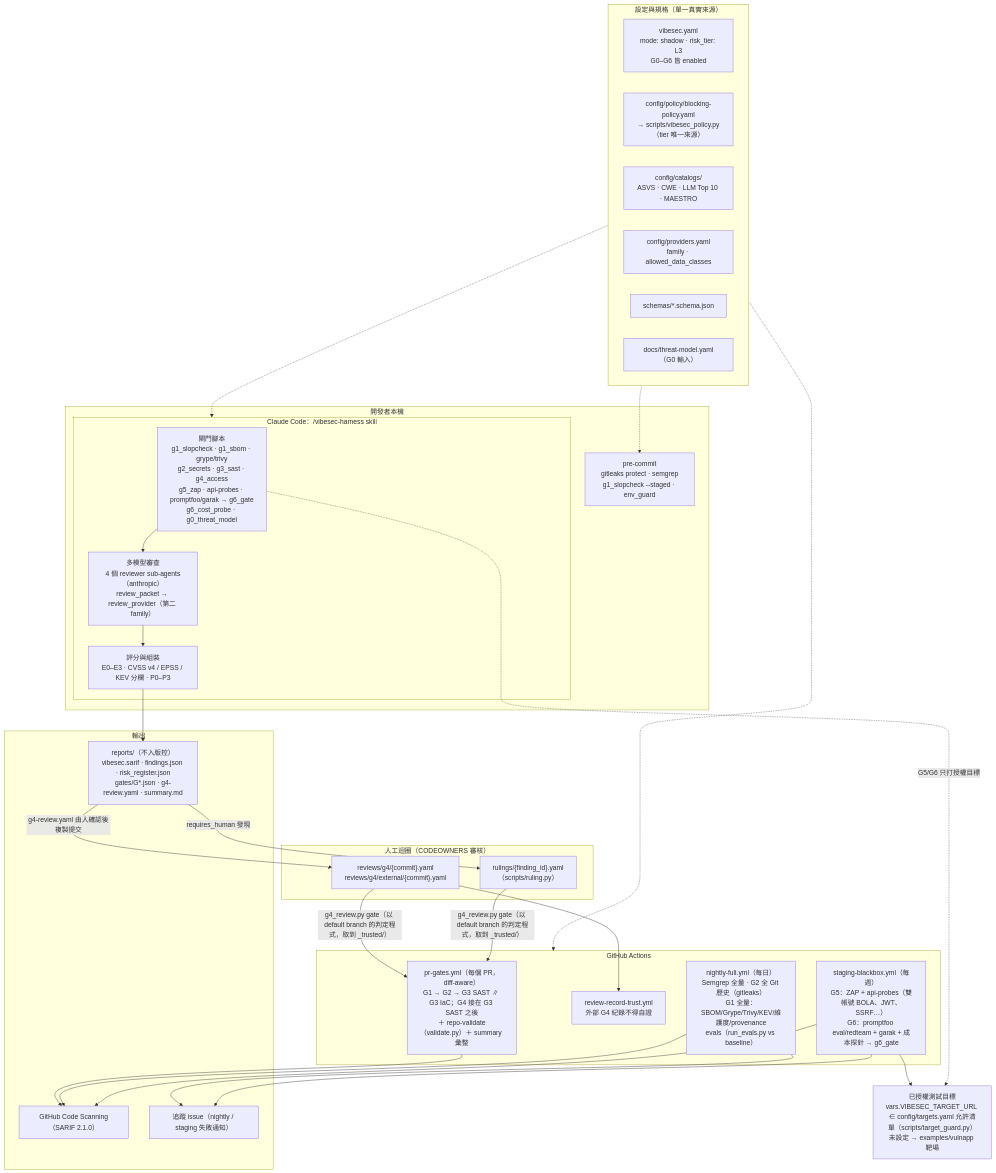
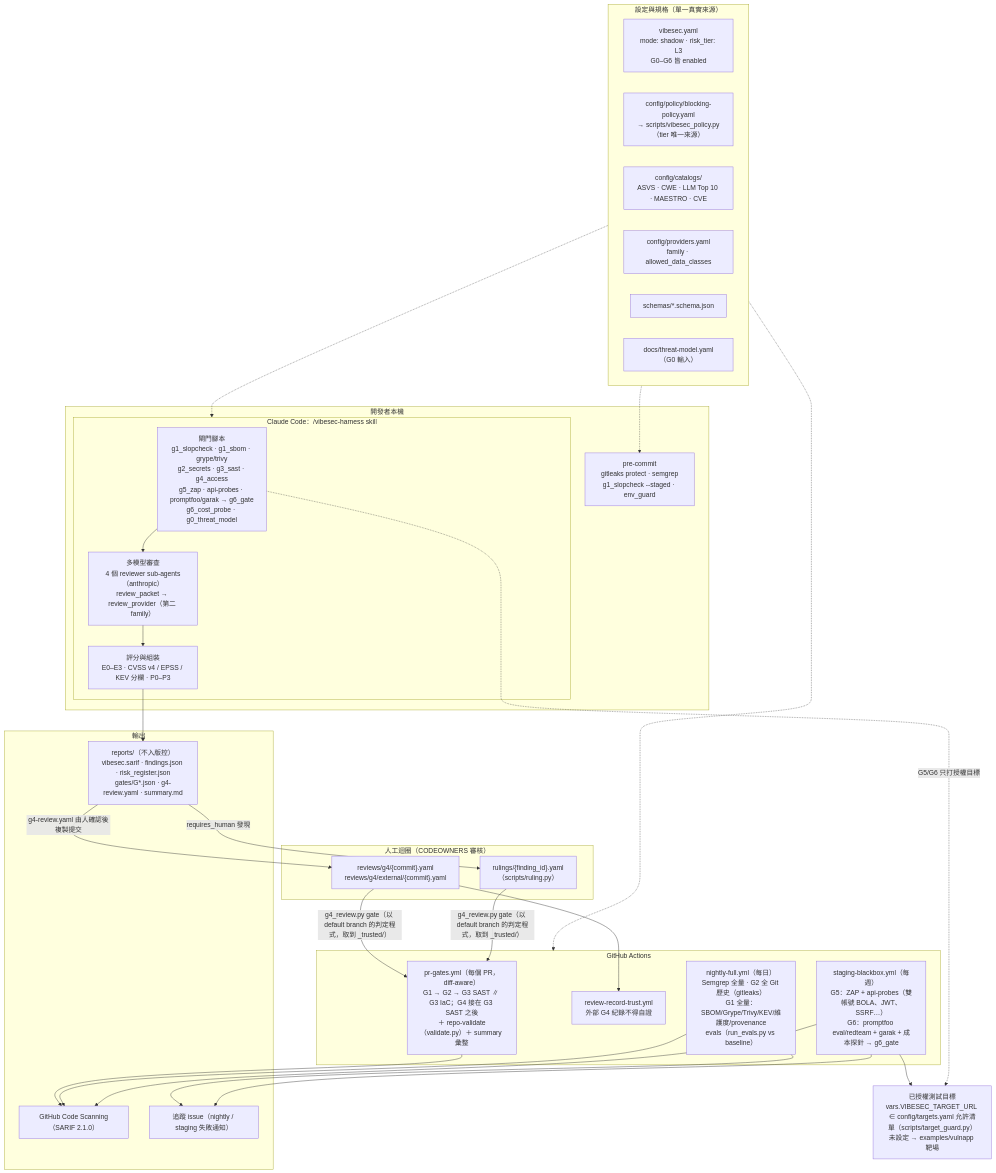
Before and after one commit to chinchiang/MultiAgentDelta: the first of 2 diagrams in README.md, drawn with Mermaid. The commit also changed other lines of this file and 5 other files, not shown here.

First line of the commit message:
feat(catalogs): 新增 CVE 參考目錄 cve-references.yaml，validate.py 擋下未查證的 CVE 引用 (#131)

````diff
--- a/README.md
+++ b/README.md
@@ -38,52 +38,52 @@
 ```mermaid
 flowchart TB
   subgraph SOT["設定與規格（單一真實來源）"]
     direction LR
     CFG["vibesec.yaml<br/>mode: shadow · risk_tier: L3<br/>G0–G6 皆 enabled"]
     POL["config/policy/blocking-policy.yaml<br/>→ scripts/vibesec_policy.py（tier 唯一來源）"]
-    CAT["config/catalogs/<br/>ASVS · CWE · LLM Top 10 · MAESTRO"]
+    CAT["config/catalogs/<br/>ASVS · CWE · LLM Top 10 · MAESTRO · CVE"]
     PRV["config/providers.yaml<br/>family · allowed_data_classes"]
     SCH["schemas/*.schema.json"]
     TM["docs/threat-model.yaml（G0 輸入）"]
   end
 
   subgraph LOCAL["開發者本機"]
     PC["pre-commit<br/>gitleaks protect · semgrep<br/>g1_slopcheck --staged · env_guard"]
     subgraph HARN["Claude Code：/vibesec-harness skill"]
       HG["閘門腳本<br/>g1_slopcheck · g1_sbom · grype/trivy<br/>g2_secrets · g3_sast · g4_access<br/>g5_zap · api-probes · promptfoo/garak → g6_gate<br/>g6_cost_probe · g0_threat_model"]
       HR["多模型審查<br/>4 個 reviewer sub-agents（anthropic）<br/>review_packet → review_provider（第二 family）"]
       HS["評分與組裝<br/>E0–E3 · CVSS v4 / EPSS / KEV 分欄 · P0–P3"]
     end
   end
 
   subgraph GHA["GitHub Actions"]
     PRG["pr-gates.yml（每個 PR，diff-aware）<br/>G1 → G2 → G3 SAST ∥ G3 IaC；G4 接在 G3 SAST 之後<br/>＋ repo-validate（validate.py）＋ summary 彙整"]
     RRT["review-record-trust.yml<br/>外部 G4 紀錄不得自證"]
     NF["nightly-full.yml（每日）<br/>Semgrep 全量 · G2 全 Git 歷史（gitleaks）<br/>G1 全量：SBOM/Grype/Trivy/KEV/維護度/provenance<br/>evals（run_evals.py vs baseline）"]
     SB["staging-blackbox.yml（每週）<br/>G5：ZAP + api-probes（雙帳號 BOLA、JWT、SSRF…）<br/>G6：promptfoo eval/redteam + garak + 成本探針 → g6_gate"]
   end
 
   TARGET["已授權測試目標<br/>vars.VIBESEC_TARGET_URL ∈ config/targets.yaml 允許清單（scripts/target_guard.py）<br/>未設定 → examples/vulnapp 靶場"]
 
   subgraph OUT["輸出"]
     REP["reports/（不入版控）<br/>vibesec.sarif · findings.json · risk_register.json<br/>gates/G*.json · g4-review.yaml · summary.md"]
     CS["GitHub Code Scanning（SARIF 2.1.0）"]
     ISS["追蹤 issue（nightly / staging 失敗通知）"]
   end
 
   subgraph HUMAN["人工迴圈（CODEOWNERS 審核）"]
     RV["reviews/g4/{commit}.yaml<br/>reviews/g4/external/{commit}.yaml"]
     RU["rulings/{finding_id}.yaml<br/>（scripts/ruling.py）"]
   end
 
   SOT -.-> PC & HARN & GHA
   HG --> HR --> HS --> REP
   SB --> TARGET
   HG -. "G5/G6 只打授權目標" .-> TARGET
   PRG & NF & SB --> CS
   NF & SB --> ISS
   REP -- "g4-review.yaml 由人確認後複製提交" --> RV
   REP -- "requires_human 發現" --> RU
   RV & RU -- "g4_review.py gate（以 default branch 的判定程式，取到 _trusted/）" --> PRG
   RV --> RRT
 ```
````
